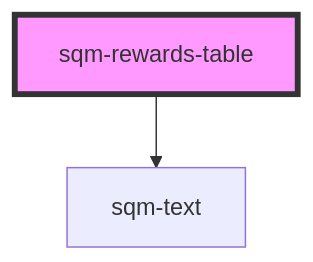
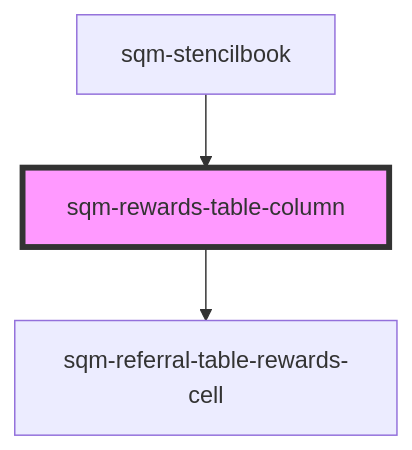
Before and after one commit to saasquatch/program-tools: the diagram in packages/mint-components/src/components/sqm-rewards-table/readme.md, drawn with Mermaid. The commit also changed other lines of this file and 4 other files, not shown here.

````diff
--- a/packages/mint-components/src/components/sqm-rewards-table/readme.md
+++ b/packages/mint-components/src/components/sqm-rewards-table/readme.md
@@ -28,5 +50,6 @@
 ```mermaid
 graph TD;
-  sqm-rewards-table --> sqm-text
-  style sqm-rewards-table fill:#f9f,stroke:#333,stroke-width:4px
+  sqm-rewards-table-column --> sqm-referral-table-rewards-cell
+  sqm-stencilbook --> sqm-rewards-table-column
+  style sqm-rewards-table-column fill:#f9f,stroke:#333,stroke-width:4px
 ```
````
